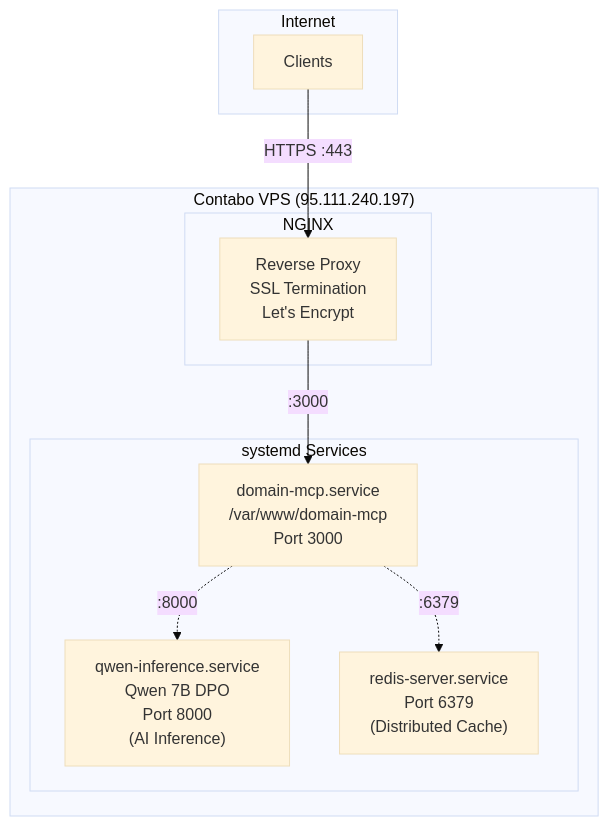
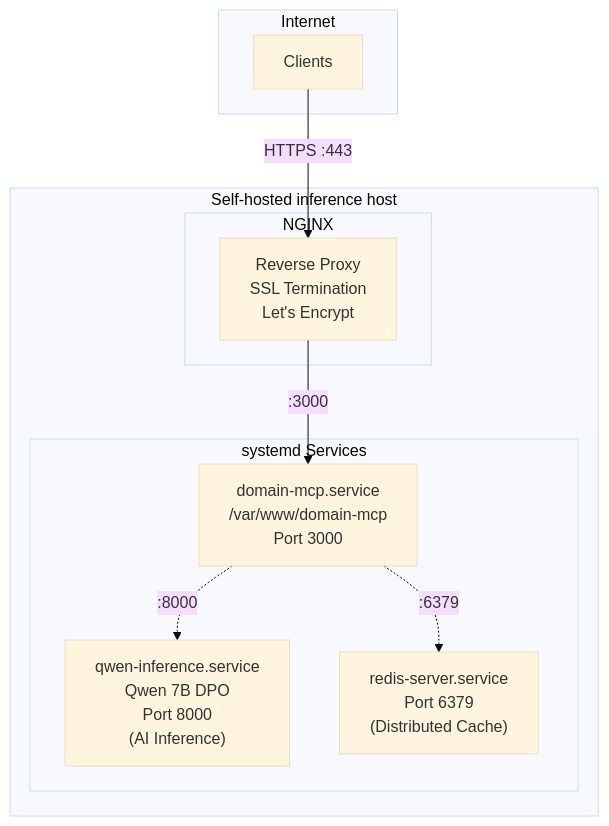
One commit to dorukardahan/domain-search-mcp changed the sixth of 8 diagrams in docs/ARCHITECTURE.md. Above: the diagram before and after it, drawn with Mermaid (base theme). The commit also changed other lines of this file and 19 other files, not shown here.

First line of the commit message:
feat: opt-in AI endpoint, self-host SSRF policy, CLI flags, runtime version

````diff
--- a/docs/ARCHITECTURE.md
+++ b/docs/ARCHITECTURE.md
@@ -229,24 +229,24 @@
 ```mermaid
 flowchart TB
     subgraph INTERNET["Internet"]
         CLIENT["Clients"]
     end
 
     CLIENT -->|HTTPS :443| NGINX
 
-    subgraph VPS["Contabo VPS (95.111.240.197)"]
+    subgraph VPS["Self-hosted inference host"]
         subgraph NGINX_BLOCK["NGINX"]
             NGINX["Reverse Proxy<br/>SSL Termination<br/>Let's Encrypt"]
         end
 
         NGINX -->|:3000| MCP_SERVICE
         MCP_SERVICE -.->|:8000| LLAMA_SERVICE
         MCP_SERVICE -.->|:6379| REDIS_SERVICE
 
         subgraph SERVICES["systemd Services"]
             MCP_SERVICE["domain-mcp.service<br/>/var/www/domain-mcp<br/>Port 3000"]
             LLAMA_SERVICE["qwen-inference.service<br/>Qwen 7B DPO<br/>Port 8000<br/>(AI Inference)"]
             REDIS_SERVICE["redis-server.service<br/>Port 6379<br/>(Distributed Cache)"]
         end
     end
 ```
````
